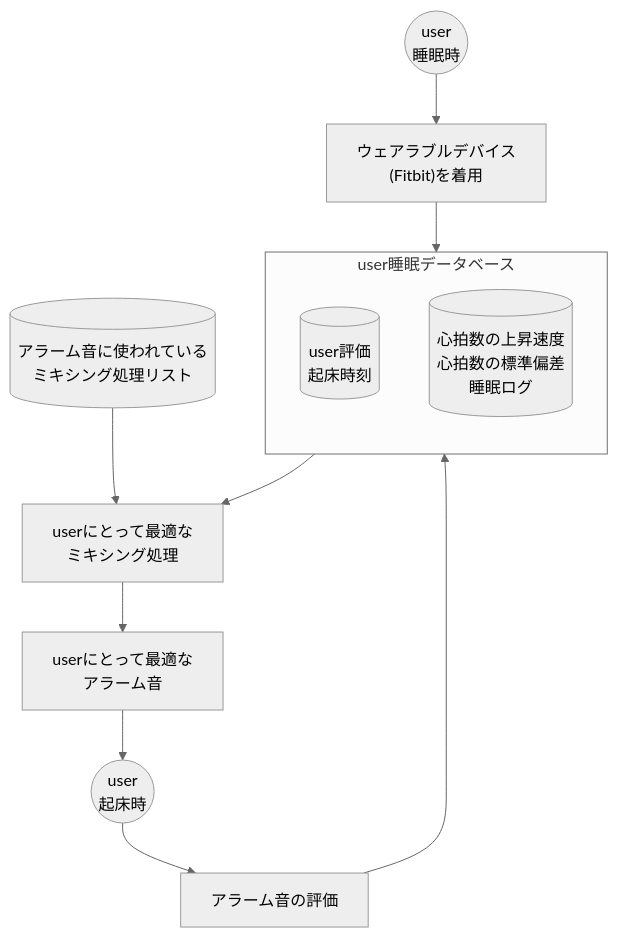
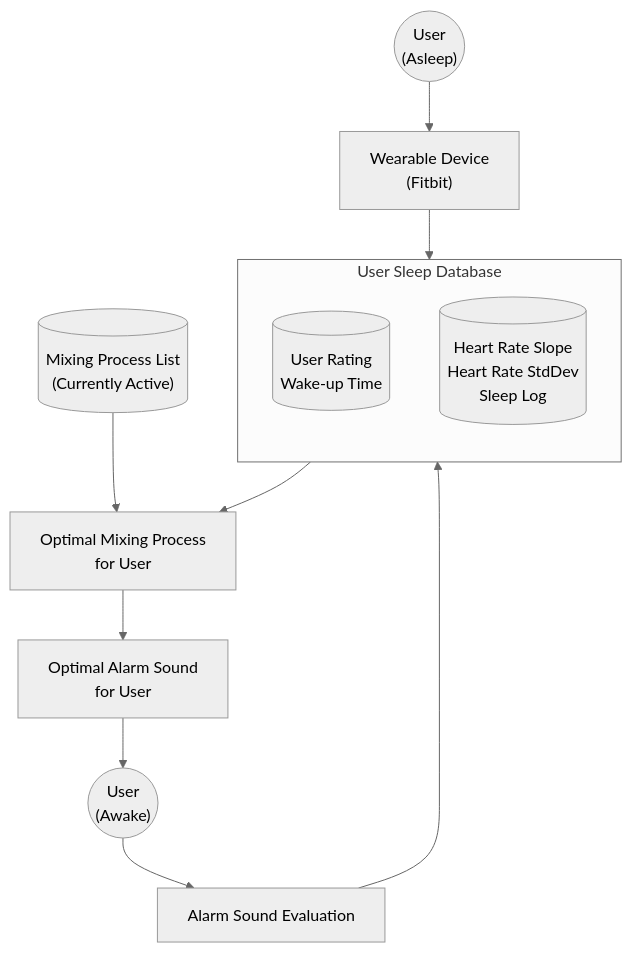
Before and after one commit to komazawa-hiromu/mixync: the diagram in README.md, drawn with Mermaid (neutral theme). The commit also changed other lines of this file, not shown here.

Commit message:
Update architecture diagram to English

````diff
--- a/README.md
+++ b/README.md
@@ -60,33 +60,33 @@
 ```mermaid
 graph TD
-    %% ノード定義 (Node Definitions)
-    UserSleep(("user<br>睡眠時"))
-    Wearable["ウェアラブルデバイス<br>(Fitbit)を着用"]
+    %% Node Definitions
+    UserSleep(("User<br>(Asleep)"))
+    Wearable["Wearable Device<br>(Fitbit)"]
     
-    MixingList[("アラーム音に使われている<br>ミキシング処理リスト")]
+    MixingList[("Mixing Process List<br>(Currently Active)")]
     
-    subgraph Database [user睡眠データベース]
+    subgraph Database [User Sleep Database]
         direction TB
-        DB_Meta[("user評価<br>起床時刻")]
-        DB_Bio[("心拍数の上昇速度<br>心拍数の標準偏差<br>睡眠ログ")]
+        DB_Meta[("User Rating<br>Wake-up Time")]
+        DB_Bio[("Heart Rate Slope<br>Heart Rate StdDev<br>Sleep Log")]
     end
     
-    Optimize["userにとって最適な<br>ミキシング処理"]
-    AlarmSound["userにとって最適な<br>アラーム音"]
+    Optimize["Optimal Mixing Process<br>for User"]
+    AlarmSound["Optimal Alarm Sound<br>for User"]
     
-    UserWake(("user<br>起床時"))
-    Evaluation[アラーム音の評価]
+    UserWake(("User<br>(Awake)"))
+    Evaluation["Alarm Sound Evaluation"]
     
-    %% 接続 (Connections)
+    %% Connections
     UserSleep --> Wearable
     Wearable --> Database
     
     MixingList --> Optimize
     Database --> Optimize
     
     Optimize --> AlarmSound
     AlarmSound --> UserWake
     
     UserWake --> Evaluation
     Evaluation --> Database
 ```
````
